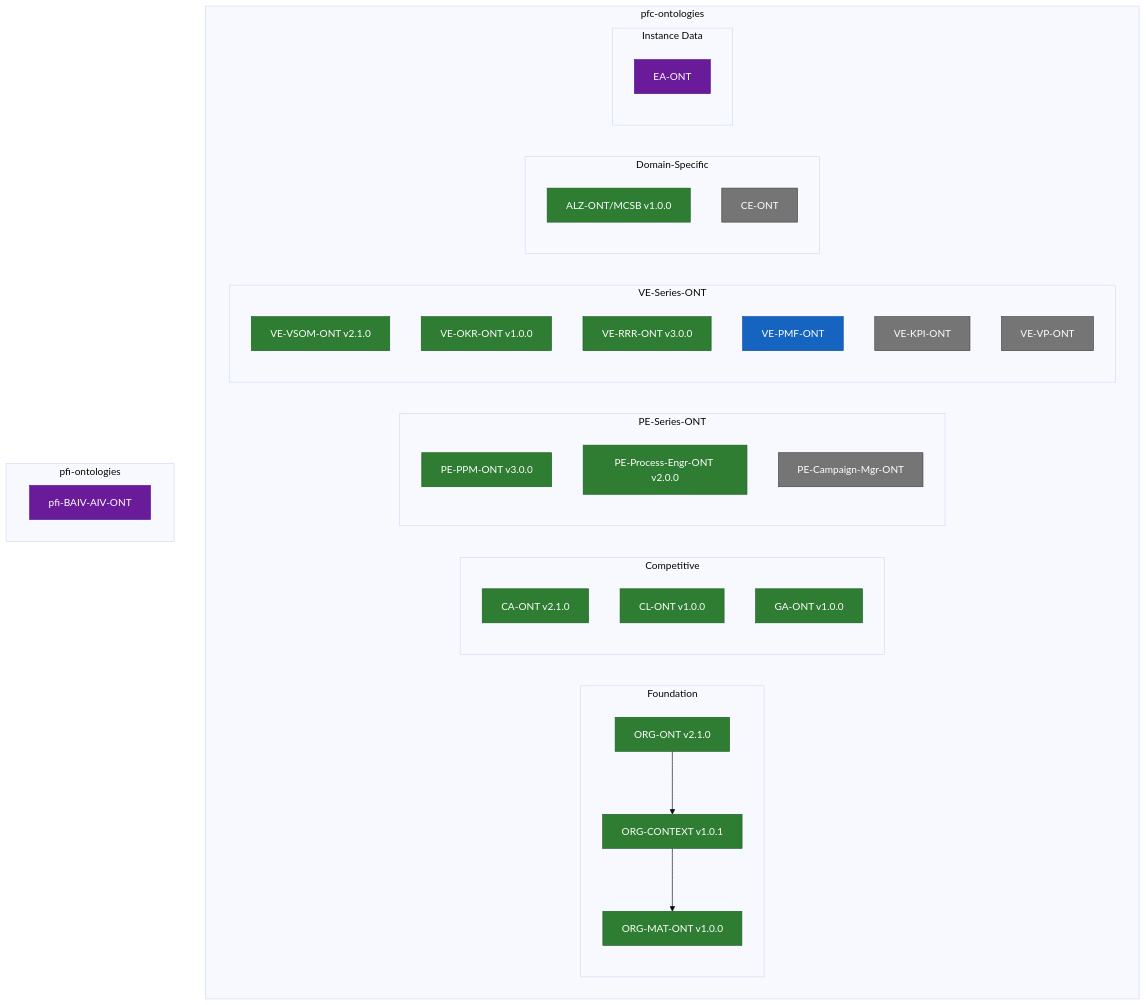
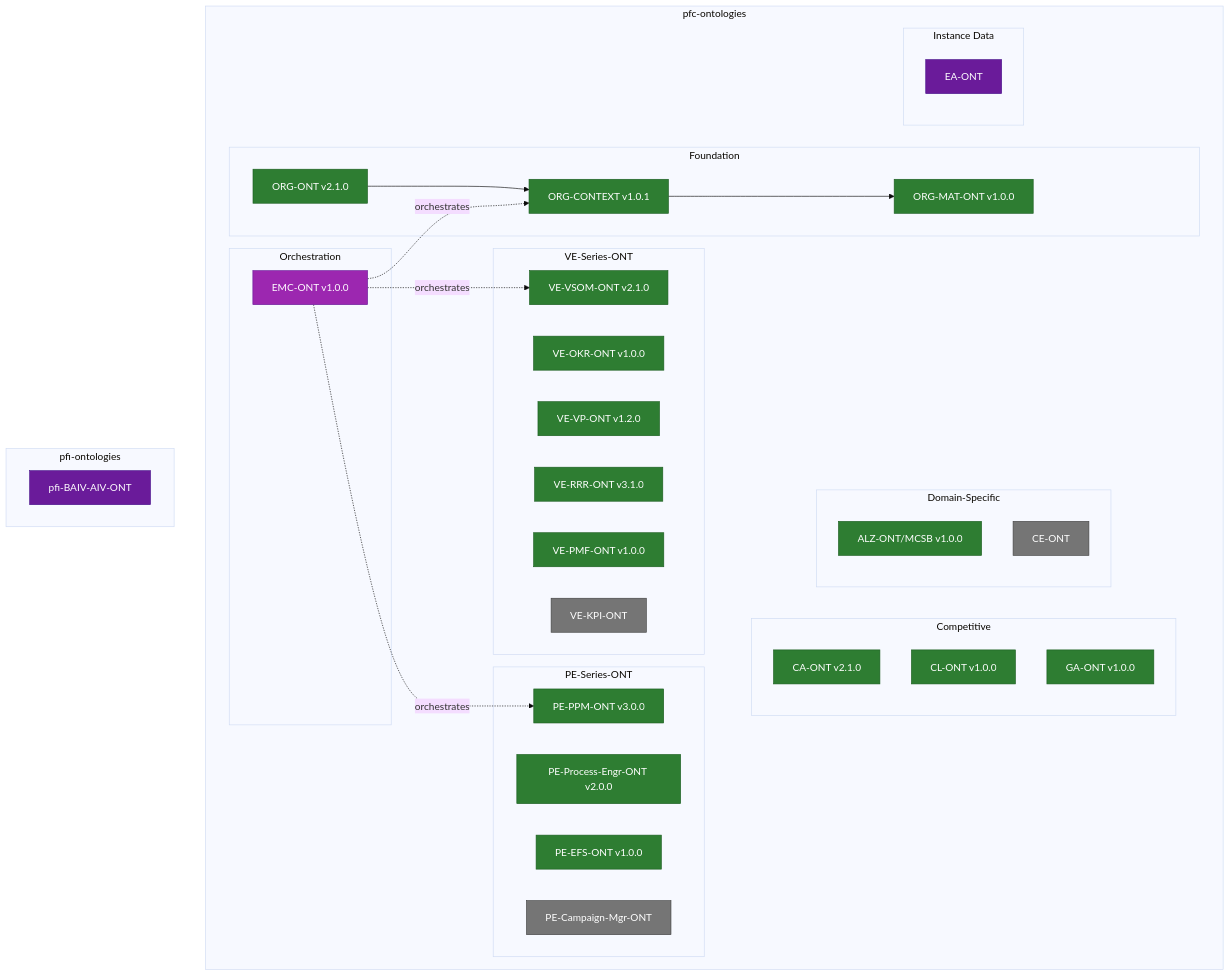
Before and after one commit to ajrmooreuk/Azlan-EA-AAA: the third of 17 diagrams in PBS/ONTOLOGIES/ONTOLOGY-ARCHITECTURE.md, drawn with Mermaid (base theme). The commit also changed other lines of this file, not shown here.

First line of the commit message:
Update ONTOLOGY-ARCHITECTURE.md to v3.0.0 with comprehensive Mermaid diagrams

````diff
--- a/PBS/ONTOLOGIES/ONTOLOGY-ARCHITECTURE.md
+++ b/PBS/ONTOLOGIES/ONTOLOGY-ARCHITECTURE.md
@@ -91,56 +216,66 @@
 ```mermaid
 graph TB
     subgraph "pfc-ontologies"
+        subgraph "Orchestration"
+            EMC[EMC-ONT v1.0.0]
+        end
+
         subgraph "Foundation"
             ORG[ORG-ONT v2.1.0]
             ORG_CTX[ORG-CONTEXT v1.0.1]
             ORG_MAT[ORG-MAT-ONT v1.0.0]
             ORG --> ORG_CTX
             ORG_CTX --> ORG_MAT
         end
 
         subgraph "Competitive"
             CA[CA-ONT v2.1.0]
             CL[CL-ONT v1.0.0]
             GA[GA-ONT v1.0.0]
         end
 
         subgraph "PE-Series-ONT"
             PE_PPM[PE-PPM-ONT v3.0.0]
             PE_PROC[PE-Process-Engr-ONT v2.0.0]
+            PE_EFS[PE-EFS-ONT v1.0.0]
             PE_CAMP[PE-Campaign-Mgr-ONT]
         end
 
         subgraph "VE-Series-ONT"
             VE_VSOM[VE-VSOM-ONT v2.1.0]
             VE_OKR[VE-OKR-ONT v1.0.0]
-            VE_RRR[VE-RRR-ONT v3.0.0]
-            VE_PMF[VE-PMF-ONT]
+            VE_VP[VE-VP-ONT v1.2.0]
+            VE_RRR[VE-RRR-ONT v3.1.0]
+            VE_PMF[VE-PMF-ONT v1.0.0]
             VE_KPI[VE-KPI-ONT]
-            VE_VP[VE-VP-ONT]
         end
 
         subgraph "Domain-Specific"
             ALZ[ALZ-ONT/MCSB v1.0.0]
             CE[CE-ONT]
         end
 
         subgraph "Instance Data"
             EA[EA-ONT]
         end
     end
 
     subgraph "pfi-ontologies"
         PFI_BAIV[pfi-BAIV-AIV-ONT]
     end
 
+    EMC -.->|orchestrates| ORG_CTX
+    EMC -.->|orchestrates| VE_VSOM
+    EMC -.->|orchestrates| PE_PPM
+
+    classDef orchestration fill:#9c27b0,stroke:#6a1b9a,color:#fff
     classDef production fill:#2e7d32,stroke:#1b5e20,color:#fff
     classDef development fill:#1565c0,stroke:#0d47a1,color:#fff
     classDef placeholder fill:#757575,stroke:#424242,color:#fff
     classDef instance fill:#6a1b9a,stroke:#4a148c,color:#fff
 
-    class ORG,ORG_CTX,ORG_MAT,CA,CL,GA,PE_PPM,PE_PROC,VE_VSOM,VE_OKR,VE_RRR,ALZ production
-    class VE_PMF development
-    class PE_CAMP,VE_KPI,VE_VP,CE placeholder
+    class EMC orchestration
+    class ORG,ORG_CTX,ORG_MAT,CA,CL,GA,PE_PPM,PE_PROC,PE_EFS,VE_VSOM,VE_OKR,VE_VP,VE_RRR,VE_PMF,ALZ production
+    class PE_CAMP,VE_KPI,CE placeholder
     class EA,PFI_BAIV instance
 ```
````
